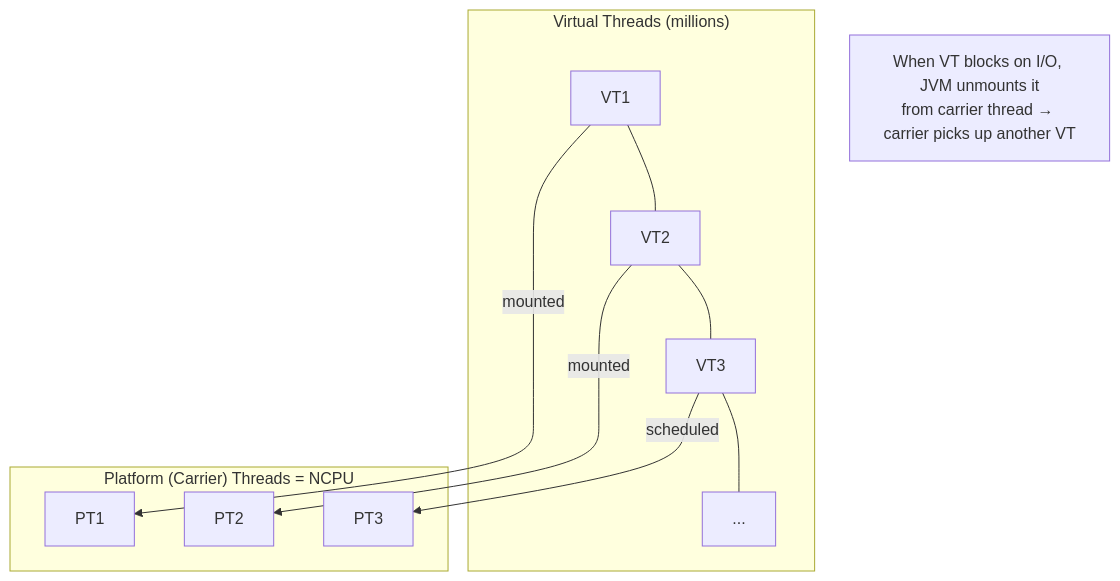
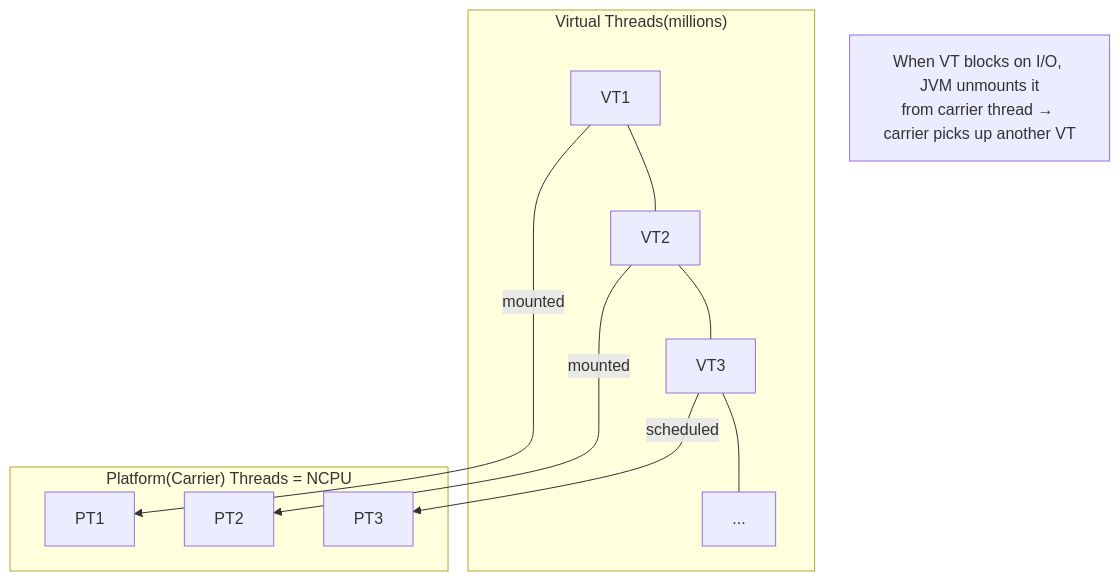
The diagram in content/questions/fundamentals/virtual-threads-java.md (pploc/swe-icon-the-moment), drawn with Mermaid before and after one commit. The commit also changed 138 other files, not shown here.

````diff
--- a/content/questions/fundamentals/virtual-threads-java.md
+++ b/content/questions/fundamentals/virtual-threads-java.md
@@ -27,15 +27,17 @@
 ```mermaid
 flowchart TD
-    subgraph VTs["Virtual Threads (millions)"]
-        VT1 --- VT2 --- VT3 --- VTn[...]
+    subgraph VTs["Virtual Threads(millions)"]
+        VT1 --- VT2 --- VT3 --- VTn["..."]
     end
-    subgraph PTs["Platform (Carrier) Threads = NCPU"]
+    subgraph PTs["Platform(Carrier) Threads = NCPU"]
         PT1
         PT2
         PT3
     end
     VT1 -->|"mounted"| PT1
     VT2 -->|"mounted"| PT2
     VT3 -->|"scheduled"| PT3
     Note["When VT blocks on I/O, JVM unmounts it\nfrom carrier thread → carrier picks up another VT"]
+
+
 ```
````
